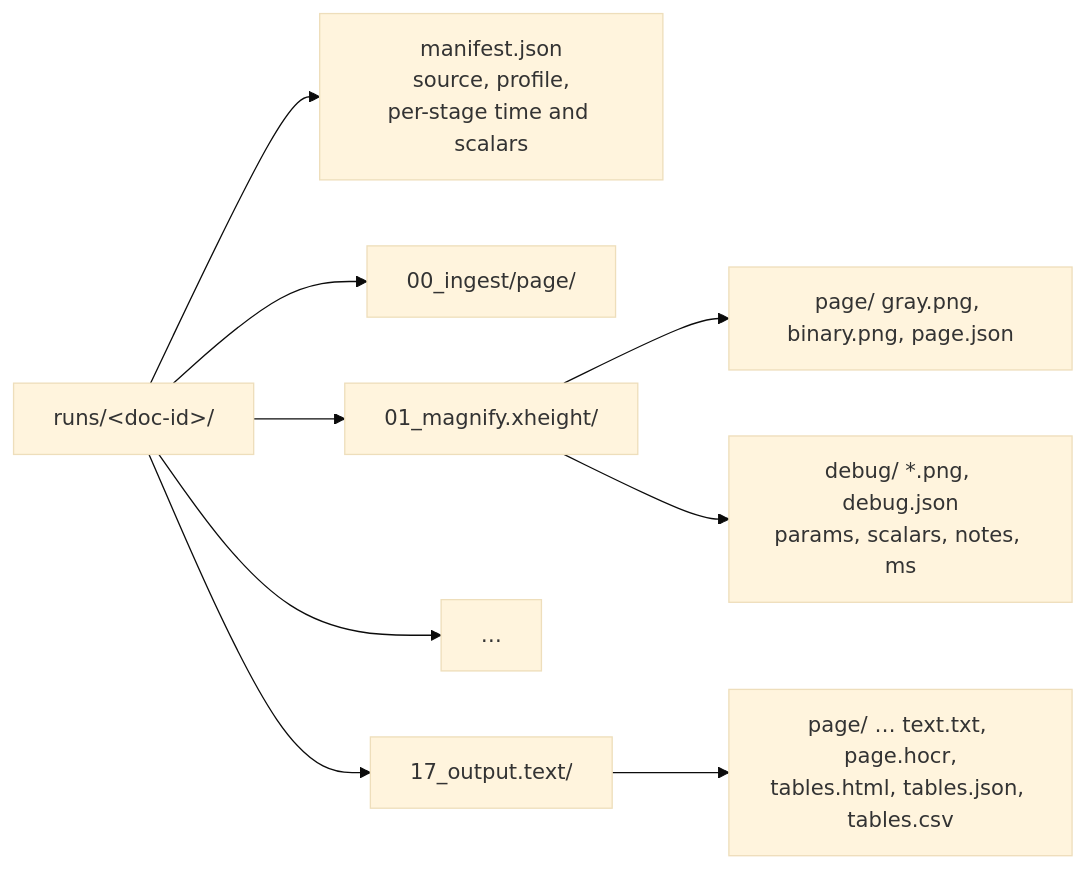
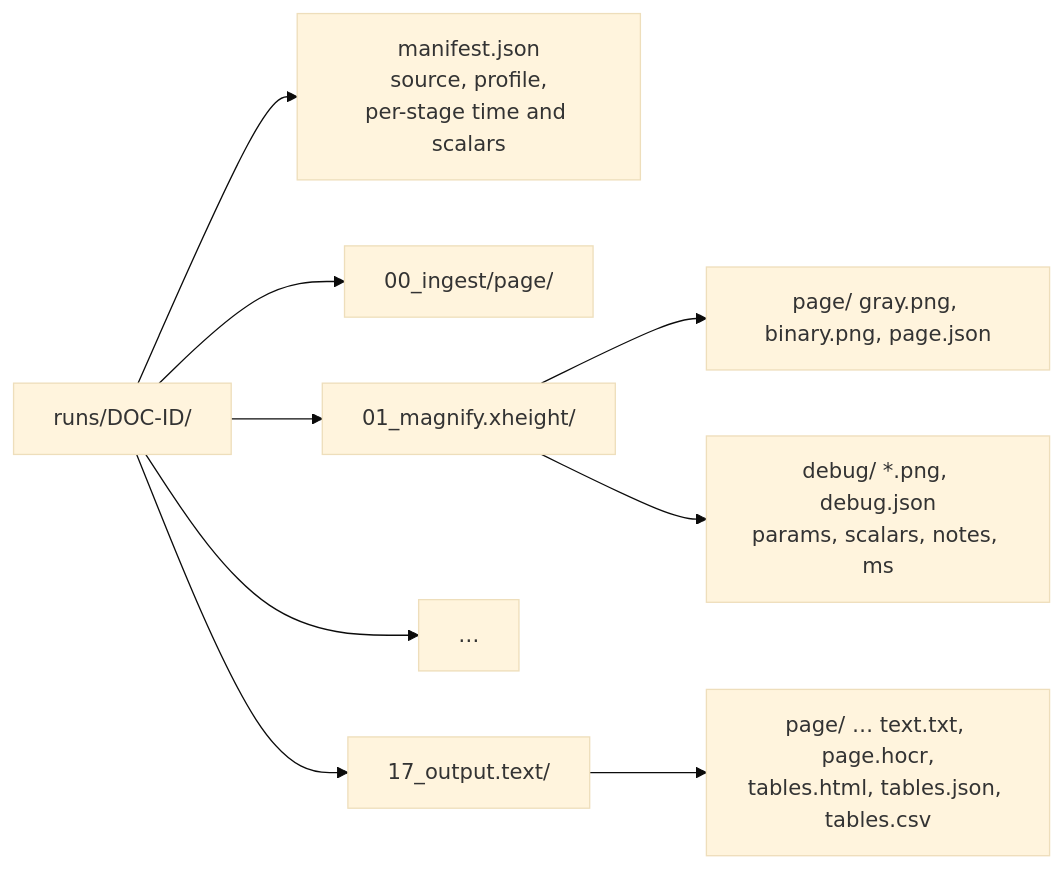
The tenth of 13 diagrams in docs/ARCHITECTURE.md (msharpe248/mlws-ocr), drawn with Mermaid (base theme) before and after one commit. The commit also changed other lines of this file, not shown here.

First line of the commit message:
ARCHITECTURE.md: the system and package diagrams redrawn as layers (one edge between groups, no crossing wires); the runs/<id>/ placeholder no longer vanishes in Mermaid

````diff
--- a/docs/ARCHITECTURE.md
+++ b/docs/ARCHITECTURE.md
@@ -441,11 +442,11 @@
 ```mermaid
 flowchart LR
-    run["runs/&lt;doc-id&gt;/"] --> man[manifest.json<br/>source, profile,<br/>per-stage time and scalars]
+    run["runs/DOC-ID/"] --> man[manifest.json<br/>source, profile,<br/>per-stage time and scalars]
     run --> s0["00_ingest/page/"]
     run --> s1["01_magnify.xheight/"]
     run --> sd["…"]
     run --> s17["17_output.text/"]
     s1 --> p1["page/ gray.png, binary.png, page.json"]
     s1 --> d1["debug/ *.png, debug.json<br/>params, scalars, notes, ms"]
     s17 --> p17["page/ … text.txt, page.hocr,<br/>tables.html, tables.json, tables.csv"]
 ```
````
